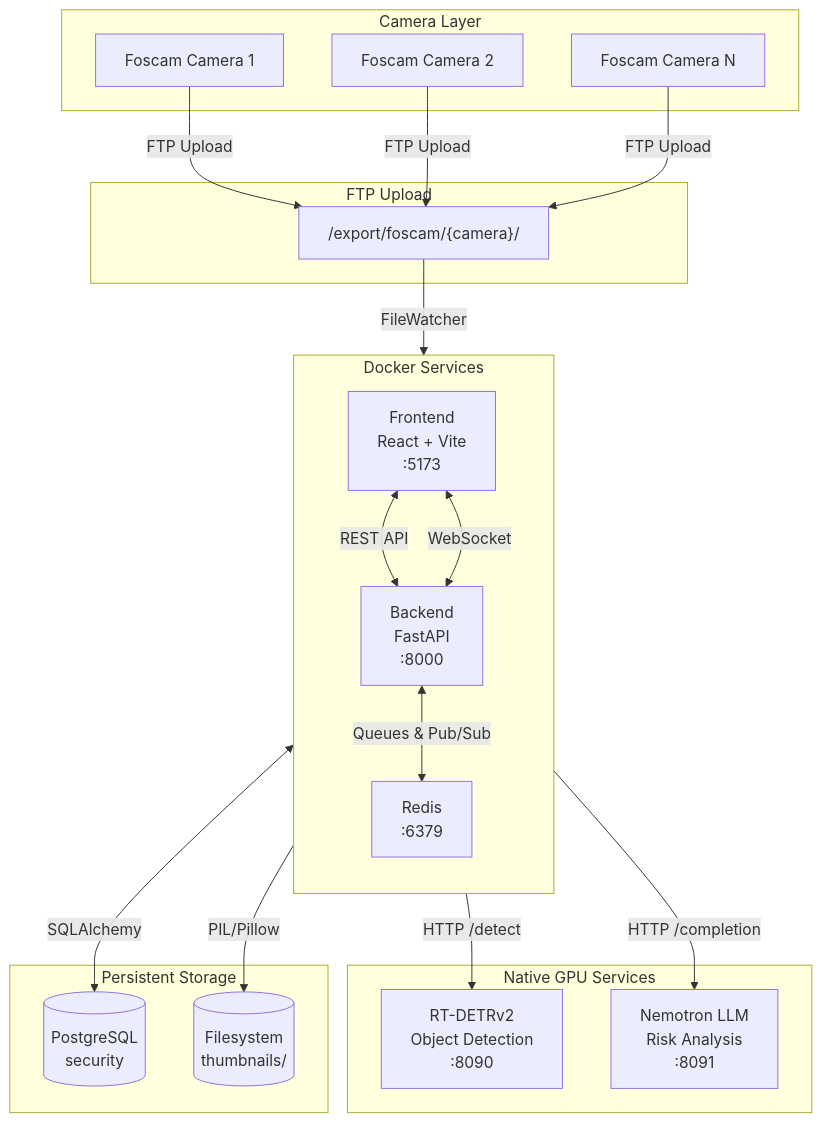
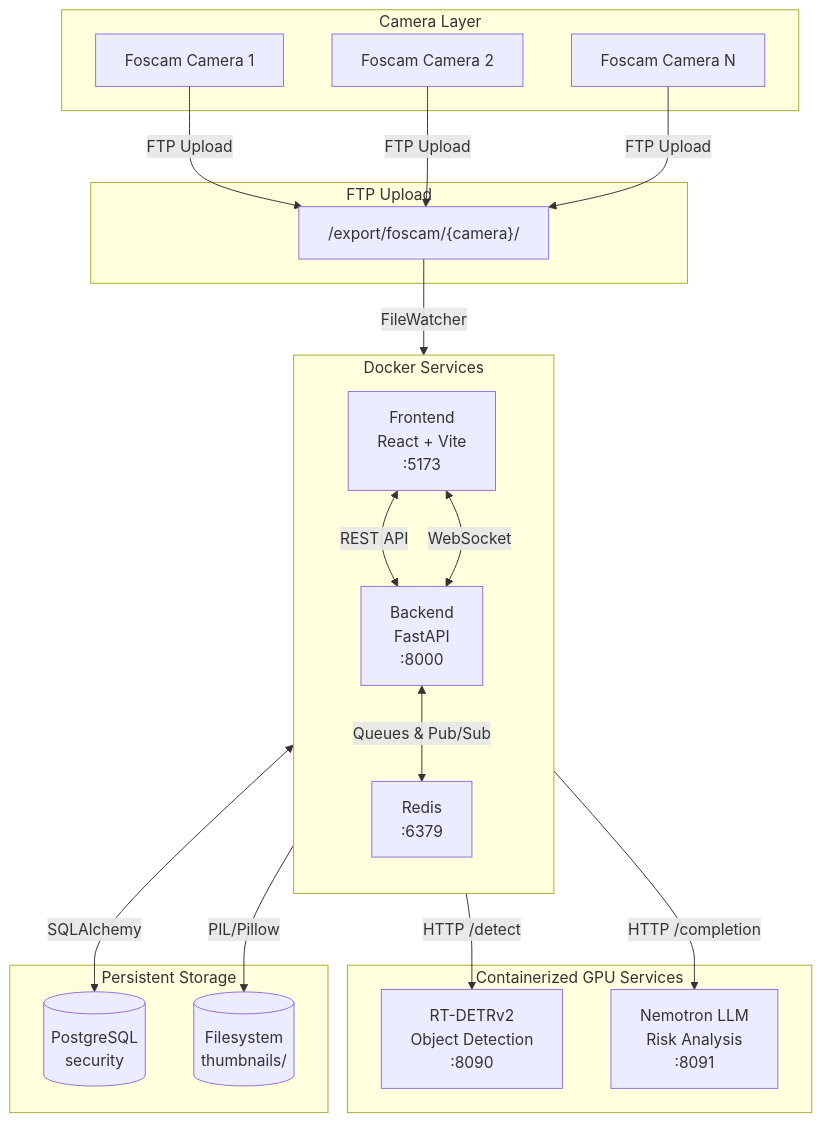
One commit to mikesvoboda/nemotron-v3-home-security-intelligence changed the first of 7 diagrams in docs/architecture/overview.md. Above: the diagram before and after it, drawn with Mermaid. The commit also changed other lines of this file and 14 other files, not shown here.

First line of the commit message:
docs: update deployment architecture + optimize Nemotron GPU config (#61)

````diff
--- a/docs/architecture/overview.md
+++ b/docs/architecture/overview.md
@@ -51,39 +51,39 @@
 ```mermaid
 flowchart TB
     subgraph Cameras["Camera Layer"]
         CAM1[Foscam Camera 1]
         CAM2[Foscam Camera 2]
         CAM3[Foscam Camera N]
     end
 
     subgraph FTP["FTP Upload"]
         FTPS["/export/foscam/{camera}/"]
     end
 
     subgraph Docker["Docker Services"]
         direction TB
         FE["Frontend<br/>React + Vite<br/>:5173"]
         BE["Backend<br/>FastAPI<br/>:8000"]
         RD["Redis<br/>:6379"]
     end
 
-    subgraph Native["Native GPU Services"]
+    subgraph GPU["Containerized GPU Services"]
         DET["RT-DETRv2<br/>Object Detection<br/>:8090"]
         LLM["Nemotron LLM<br/>Risk Analysis<br/>:8091"]
     end
 
     subgraph Storage["Persistent Storage"]
         DB[(PostgreSQL<br/>security)]
         FS[("Filesystem<br/>thumbnails/")]
     end
 
     CAM1 & CAM2 & CAM3 -->|FTP Upload| FTPS
     FTPS -->|FileWatcher| BE
     BE <-->|Queues & Pub/Sub| RD
     BE -->|HTTP /detect| DET
     BE -->|HTTP /completion| LLM
     BE <-->|SQLAlchemy| DB
     BE -->|PIL/Pillow| FS
     FE <-->|REST API| BE
     FE <-->|WebSocket| BE
 ```
````
